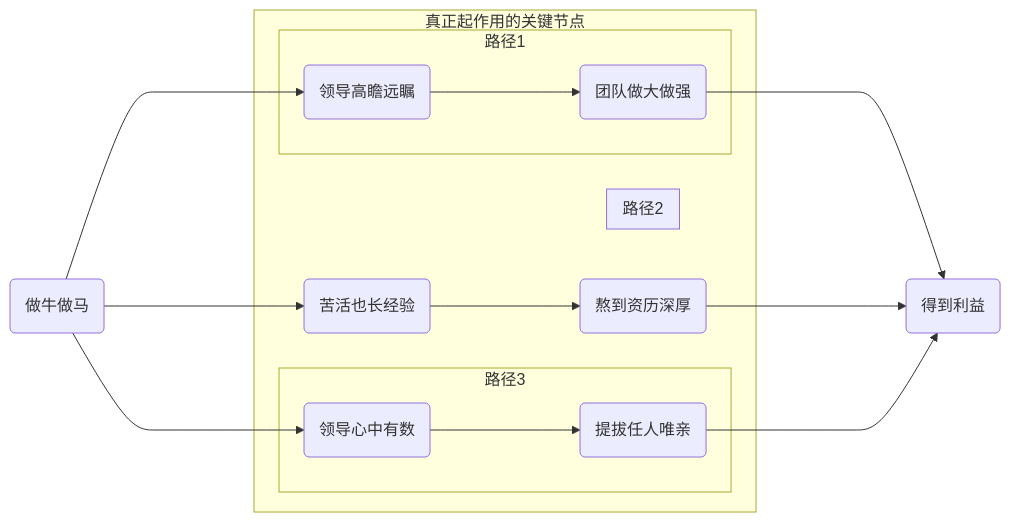
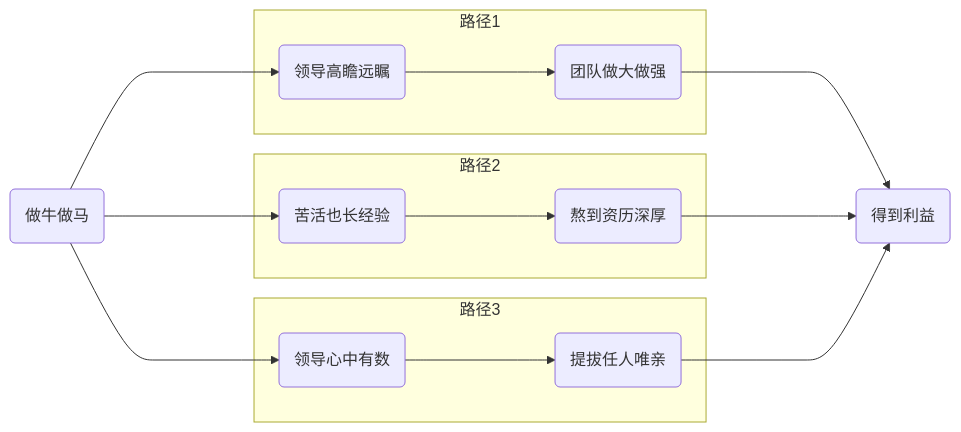
One commit to NewZsh/repo_for_render_mermaid changed the second of 2 diagrams in c1.md. Above: the diagram before and after it, drawn with Mermaid.

````diff
--- a/c1.md
+++ b/c1.md
@@ -15,44 +15,26 @@
 ```mermaid
 graph LR
-subgraph 真正起作用的关键节点
 subgraph 路径3
 6(领导心中有数)
 7(提拔任人唯亲)
 end
-4(苦活也长经验)
-5(熬到资历深厚)
-6(领导心中有数)
-7(提拔任人唯亲)
-end
-subgraph 真正起作用的关键节点
-subgraph 路径2
-4(苦活也长经验)
-5(熬到资历深厚)
-end
-4(苦活也长经验)
-5(熬到资历深厚)
-6(领导心中有数)
-7(提拔任人唯亲)
-end
-subgraph 真正起作用的关键节点
 subgraph 路径1
 2(领导高瞻远瞩)
 3(团队做大做强)
 end
+subgraph 路径2
 4(苦活也长经验)
 5(熬到资历深厚)
-6(领导心中有数)
-7(提拔任人唯亲)
 end
 1(做牛做马)
 8(得到利益)
 1---->2
 2---->3
 1---->4
 4---->5
 1---->6
 6---->7
 3---->8
 5---->8
 7---->8
 ```
````
